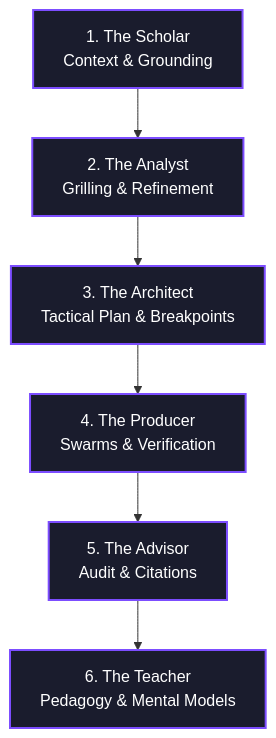
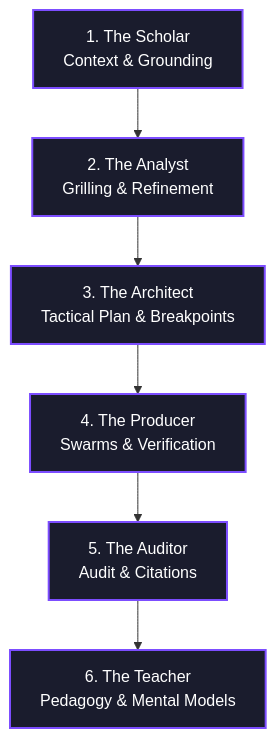
The diagram in skills/6-archetypes/SKILL.md (ksprashu/skills-6-personas), drawn with Mermaid before and after one commit. The commit also changed other lines of this file and 2 other files, not shown here.

Commit message:
docs: rename 5th archetype from Advisor to Auditor to resolve Teacher overlap and align with the header image

````diff
--- a/skills/6-archetypes/SKILL.md
+++ b/skills/6-archetypes/SKILL.md
@@ -23,11 +23,11 @@
 ```mermaid
 flowchart TD
     Scholar[1. The Scholar<br>Context & Grounding] --> Analyst[2. The Analyst<br>Grilling & Refinement]
     Analyst --> Architect[3. The Architect<br>Tactical Plan & Breakpoints]
     Architect --> Producer[4. The Producer<br>Swarms & Verification]
-    Producer --> Advisor[5. The Advisor<br>Audit & Citations]
-    Advisor --> Teacher[6. The Teacher<br>Pedagogy & Mental Models]
+    Producer --> Auditor[5. The Auditor<br>Audit & Citations]
+    Auditor --> Teacher[6. The Teacher<br>Pedagogy & Mental Models]
     
     classDef archetypes fill:#1a1c2d,stroke:#7c4dff,stroke-width:2px,color:#fff;
-    class Scholar,Analyst,Architect,Producer,Advisor,Teacher archetypes;
+    class Scholar,Analyst,Architect,Producer,Auditor,Teacher archetypes;
 ```
````
